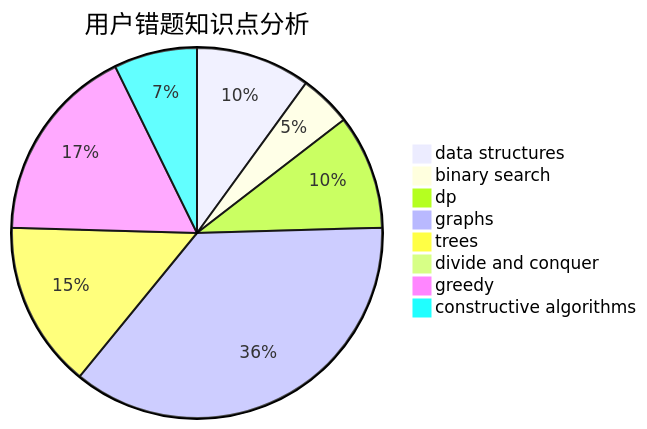
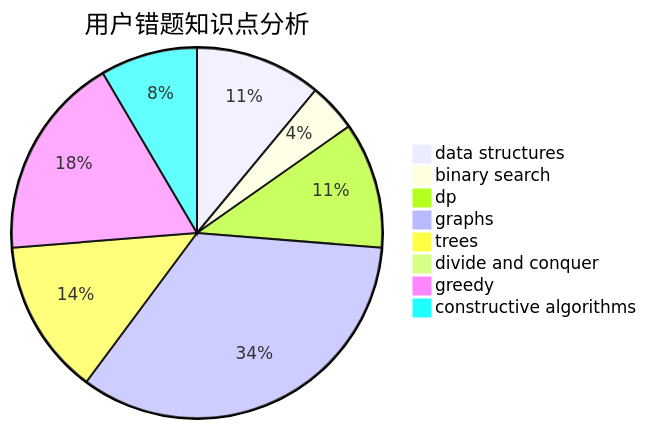
The third of 3 diagrams in docs/user/u236.md (sherpahu/cfrs.github.io), drawn with Mermaid before and after one commit. The commit also changed other lines of this file and 2770 other files, not shown here.

````diff
--- a/docs/user/u236.md
+++ b/docs/user/u236.md
@@ -36,11 +36,11 @@
 ```mermaid
 pie title 用户错题知识点分析
-    "data structures" :  11
+    "data structures" :  13
     "binary search" :  5
-    "dp" :  11
+    "dp" :  13
     "graphs" :  40
     "trees" :  16
     "divide and conquer" :  0
-    "greedy" :  19
-    "constructive algorithms" :  8
+    "greedy" :  21
+    "constructive algorithms" :  10
 ```
````
